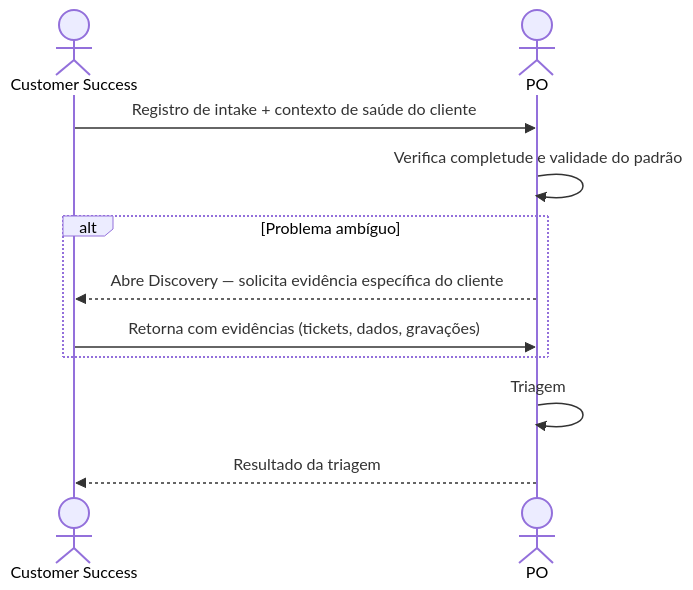
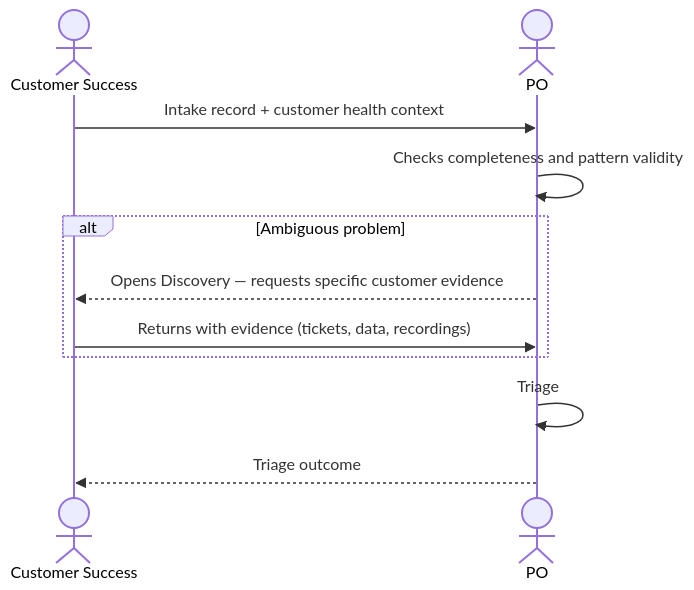
The diagram in interactions/02-cs-to-po.md (hugo-hsbtech/teamwork-process), drawn with Mermaid before and after one commit. The commit also changed other lines of this file and 63 other files, not shown here.

````diff
--- a/interactions/02-cs-to-po.md
+++ b/interactions/02-cs-to-po.md
@@ -65,16 +65,16 @@
 ```mermaid
 sequenceDiagram
     actor CS as Customer Success
     actor PO as PO
 
-    CS->>PO: Registro de intake + contexto de saúde do cliente
-    PO->>PO: Verifica completude e validade do padrão
+    CS->>PO: Intake record + customer health context
+    PO->>PO: Checks completeness and pattern validity
 
-    alt Problema ambíguo
-        PO-->>CS: Abre Discovery — solicita evidência específica do cliente
-        CS->>PO: Retorna com evidências (tickets, dados, gravações)
+    alt Ambiguous problem
+        PO-->>CS: Opens Discovery — requests specific customer evidence
+        CS->>PO: Returns with evidence (tickets, data, recordings)
     end
 
-    PO->>PO: Triagem
-    PO-->>CS: Resultado da triagem
+    PO->>PO: Triage
+    PO-->>CS: Triage outcome
 ```
````
